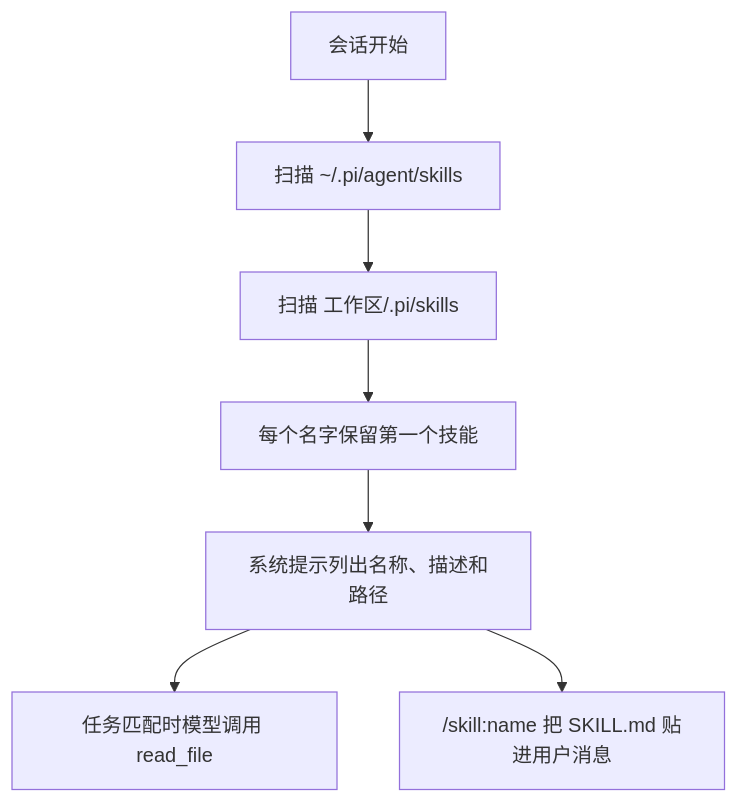
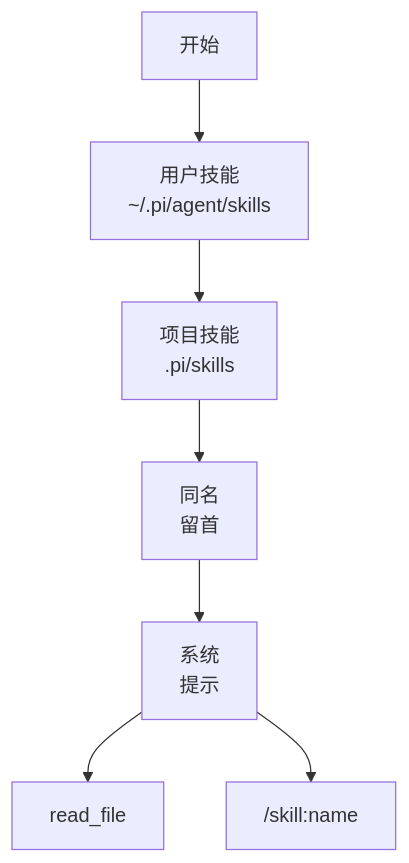
One commit to zyy17/pigo changed the fourth of 4 diagrams in docs/design.zh-CN.md. Above: the diagram before and after it, drawn with Mermaid. The commit also changed other lines of this file and 5 other files, not shown here.

First line of the commit message:
docs: fix clipped labels in TUI diagrams

````diff
--- a/docs/design.zh-CN.md
+++ b/docs/design.zh-CN.md
@@ -146,13 +146,13 @@
 ```mermaid
 flowchart TD
-    start["会话开始"]
-    userDir["扫描 ~/.pi/agent/skills"]
-    projectDir["扫描 工作区/.pi/skills"]
-    list["每个名字保留第一个技能"]
-    prompt["系统提示列出名称、描述和路径"]
-    read["任务匹配时模型调用 read_file"]
-    command["/skill:name 把 SKILL.md 贴进用户消息"]
+    start["开始"]
+    userDir["用户技能<br/>~/.pi/agent/skills"]
+    projectDir["项目技能<br/>.pi/skills"]
+    list["同名<br/>留首"]
+    prompt["系统<br/>提示"]
+    read["read_file"]
+    command["/skill:name"]
     start --> userDir --> projectDir --> list --> prompt
     prompt --> read
     prompt --> command
 ```
````
